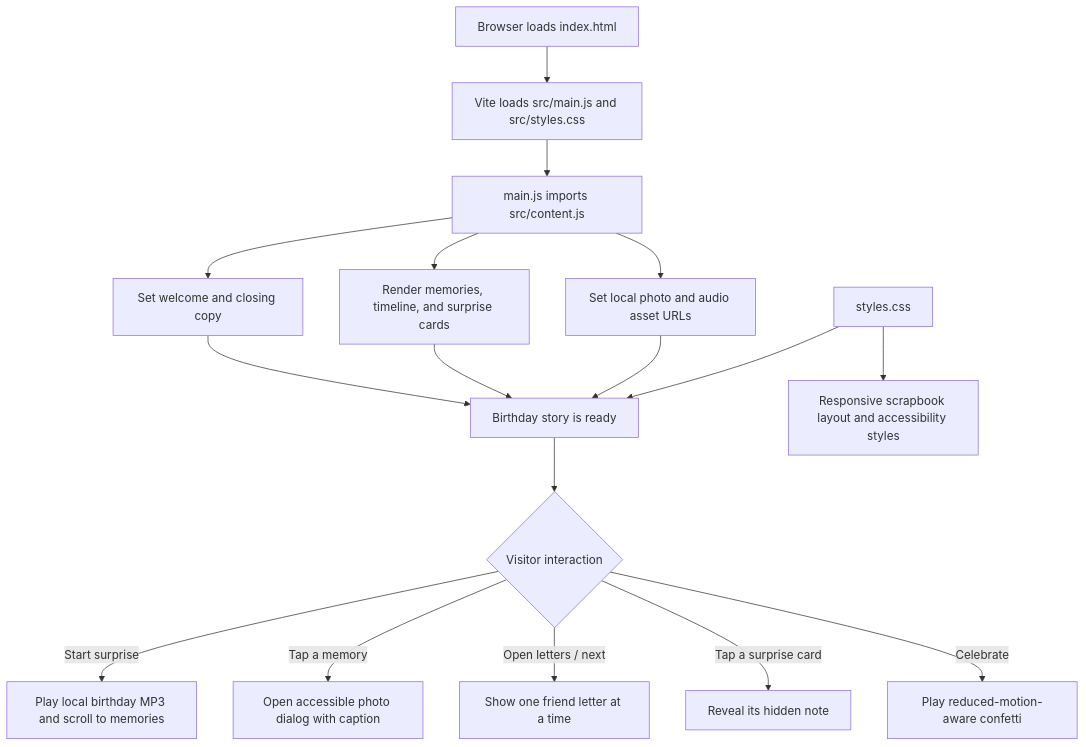
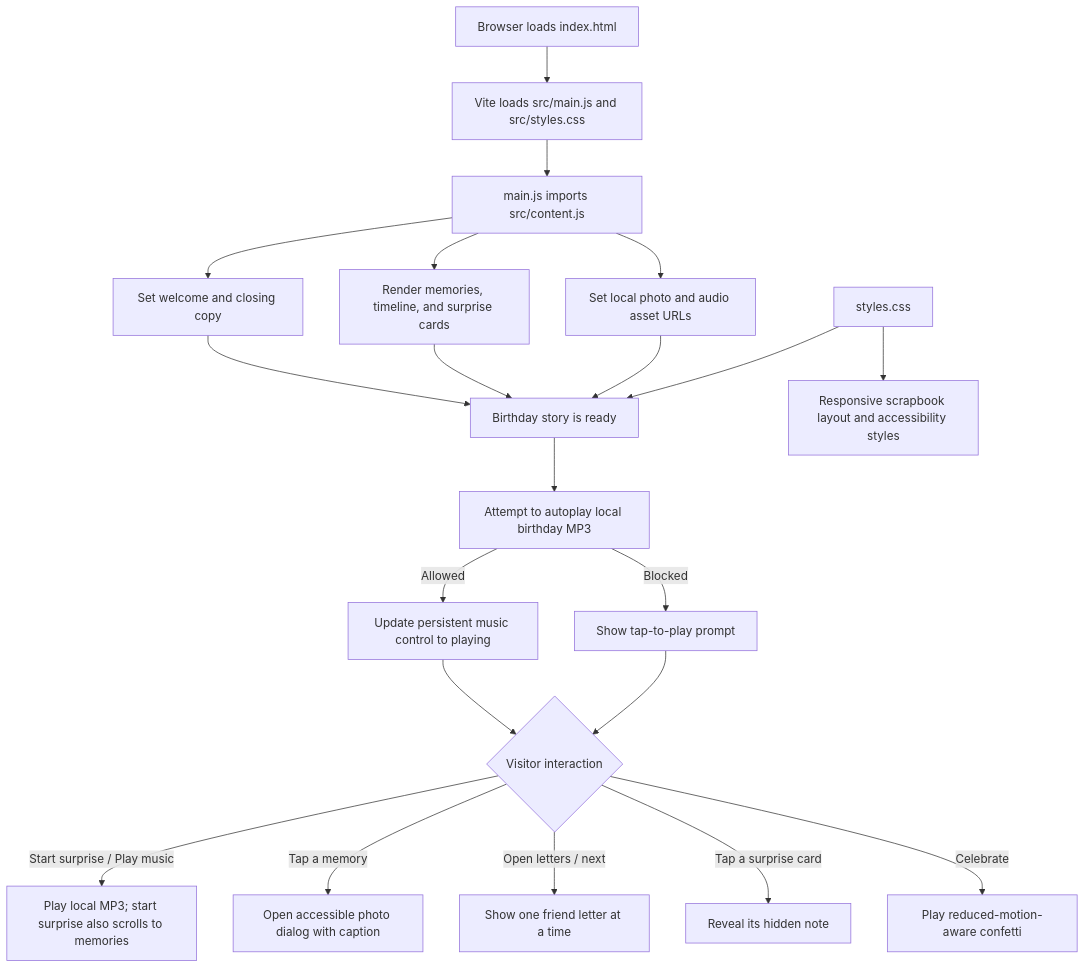
The diagram in docs/architecture.md (KXLM10/angie-birthday-website-26-11-2026), drawn with Mermaid before and after one commit. The commit also changed other lines of this file and 4 other files, not shown here.

Commit message:
fix: attempt birthday music autoplay with fallback

````diff
--- a/docs/architecture.md
+++ b/docs/architecture.md
@@ -7,19 +7,23 @@
 ```mermaid
 flowchart TD
   A[Browser loads index.html] --> B[Vite loads src/main.js and src/styles.css]
   B --> C[main.js imports src/content.js]
   C --> D[Set welcome and closing copy]
   C --> E[Render memories, timeline, and surprise cards]
   C --> F[Set local photo and audio asset URLs]
   D --> G[Birthday story is ready]
   E --> G
   F --> G
-  G --> H{Visitor interaction}
-  H -->|Start surprise| I[Play local birthday MP3 and scroll to memories]
-  H -->|Tap a memory| J[Open accessible photo dialog with caption]
-  H -->|Open letters / next| K[Show one friend letter at a time]
-  H -->|Tap a surprise card| L[Reveal its hidden note]
-  H -->|Celebrate| M[Play reduced-motion-aware confetti]
-  N[styles.css] --> G
-  N --> O[Responsive scrapbook layout and accessibility styles]
+  G --> H[Attempt to autoplay local birthday MP3]
+  H -->|Allowed| I[Update persistent music control to playing]
+  H -->|Blocked| I2[Show tap-to-play prompt]
+  I --> J{Visitor interaction}
+  I2 --> J
+  J -->|Start surprise / Play music| K[Play local MP3; start surprise also scrolls to memories]
+  J -->|Tap a memory| L[Open accessible photo dialog with caption]
+  J -->|Open letters / next| M[Show one friend letter at a time]
+  J -->|Tap a surprise card| N[Reveal its hidden note]
+  J -->|Celebrate| O[Play reduced-motion-aware confetti]
+  P[styles.css] --> G
+  P --> Q[Responsive scrapbook layout and accessibility styles]
 ```
````
